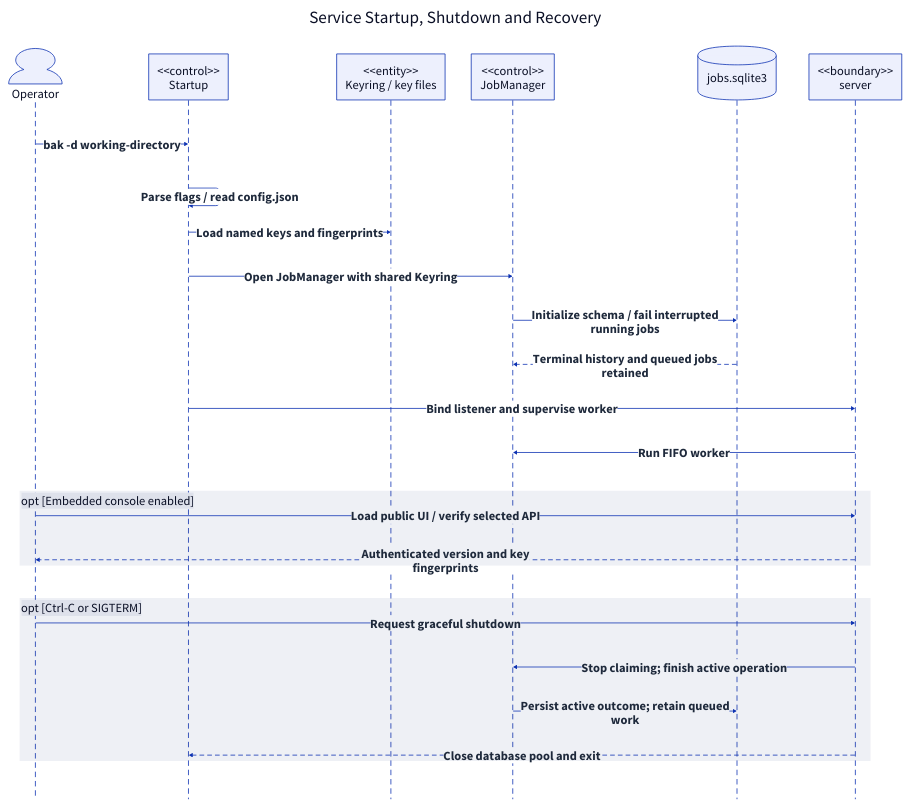
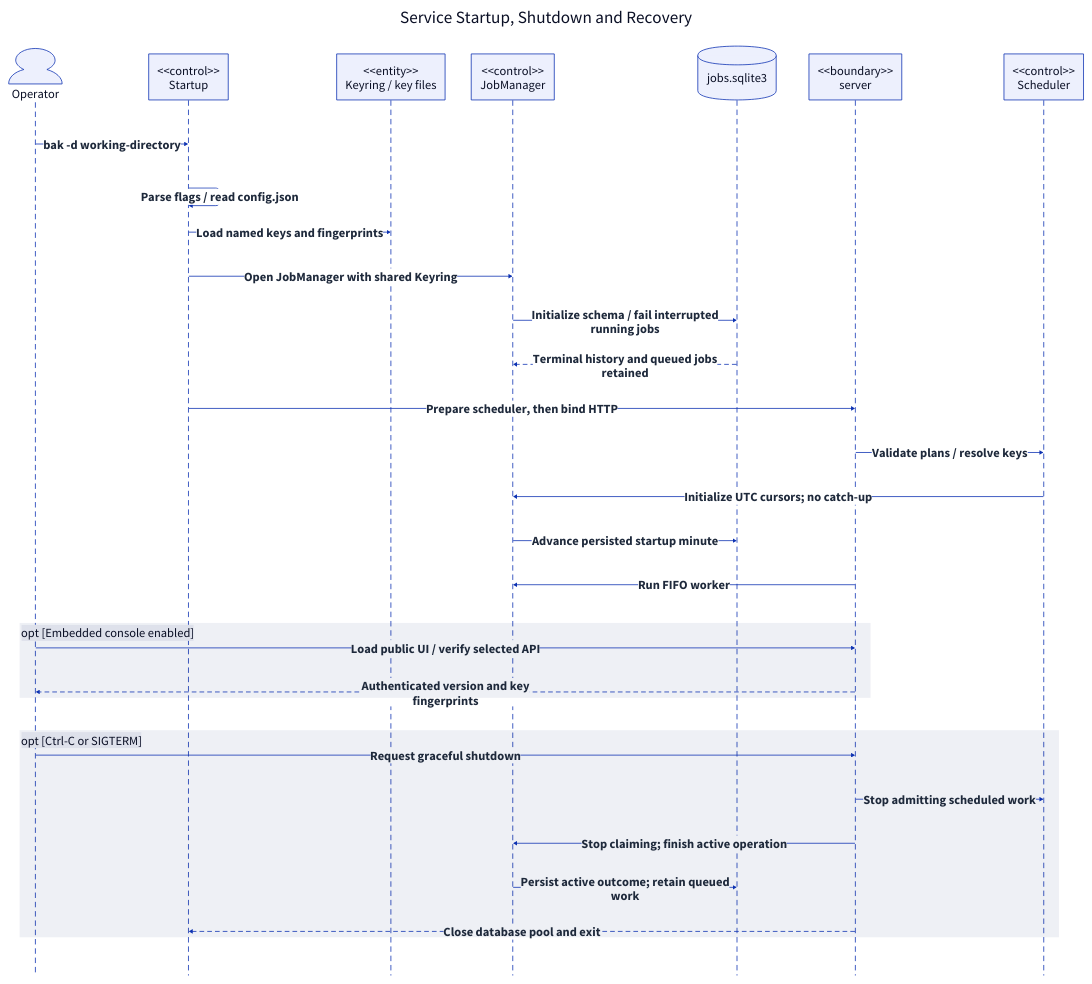
The diagram in docs/report/generated/system-sequence-configure.d2 (qi7876/software-development-exp), drawn with D2 before and after one commit. The commit also changed 22 other files, not shown here.

```diff
--- a/docs/report/generated/system-sequence-configure.d2
+++ b/docs/report/generated/system-sequence-configure.d2
@@ -1,36 +1,41 @@
 # Generated from docs/report/model.yaml; do not edit directly.
 direction: down
 **.style.font-size: 32
 (** -> **)[*].style: {font-size: 32; bold: true; italic: false; font-color: "#1E293B"}
 (** -- **)[*].style: {font-size: 32; bold: true; italic: false; font-color: "#1E293B"}
 (** <- **)[*].style: {font-size: 32; bold: true; italic: false; font-color: "#1E293B"}
 diagram: "Service Startup, Shutdown and Recovery" {
   style.font-size: 44
   style.fill: white
   style.stroke: transparent
   shape: sequence_diagram
   User: "Operator" {shape: person}
   Main: "<<control>>\nStartup" {shape: rectangle}
   Keys: "<<entity>>\nKeyring / key files" {shape: rectangle}
   Jobs: "<<control>>\nJobManager" {shape: rectangle}
   DB: "jobs.sqlite3" {shape: cylinder}
   Server: "<<boundary>>\nserver" {shape: rectangle}
+  Scheduler: "<<control>>\nScheduler" {shape: rectangle}
   User -> Main: "bak -d working-directory"
   Main -> Main: "Parse flags / read config.json"
   Main -> Keys: "Load named keys and fingerprints"
   Main -> Jobs: "Open JobManager with shared Keyring"
   Jobs -> DB: "Initialize schema / fail interrupted\nrunning jobs"
   DB -> Jobs: "Terminal history and queued jobs\nretained" {style.stroke-dash: 5}
-  Main -> Server: "Bind listener and supervise worker"
+  Main -> Server: "Prepare scheduler, then bind HTTP"
+  Server -> Scheduler: "Validate plans / resolve keys"
+  Scheduler -> Jobs: "Initialize UTC cursors; no catch-up"
+  Jobs -> DB: "Advance persisted startup minute"
   Server -> Jobs: "Run FIFO worker"
-  fragment_8: "opt [Embedded console enabled]" {
+  fragment_11: "opt [Embedded console enabled]" {
     User -> Server: "Load public UI / verify selected API"
     Server -> User: "Authenticated version and key\nfingerprints" {style.stroke-dash: 5}
   }
-  fragment_12: "opt [Ctrl-C or SIGTERM]" {
+  fragment_15: "opt [Ctrl-C or SIGTERM]" {
     User -> Server: "Request graceful shutdown"
+    Server -> Scheduler: "Stop admitting scheduled work"
     Server -> Jobs: "Stop claiming; finish active operation"
     Jobs -> DB: "Persist active outcome; retain queued\nwork"
     Server -> Main: "Close database pool and exit" {style.stroke-dash: 5}
   }
 }
```
